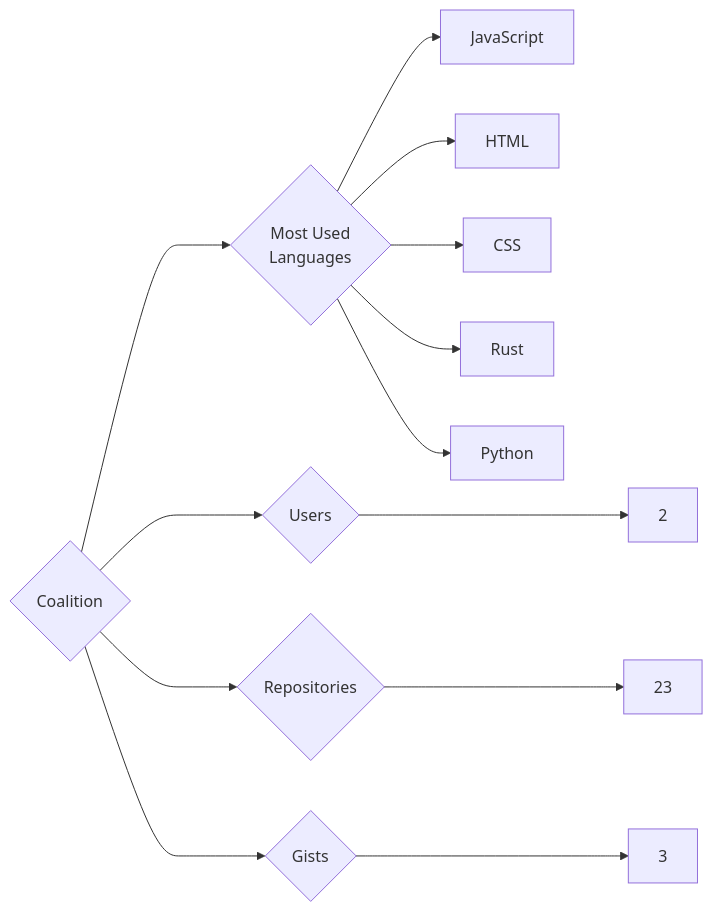
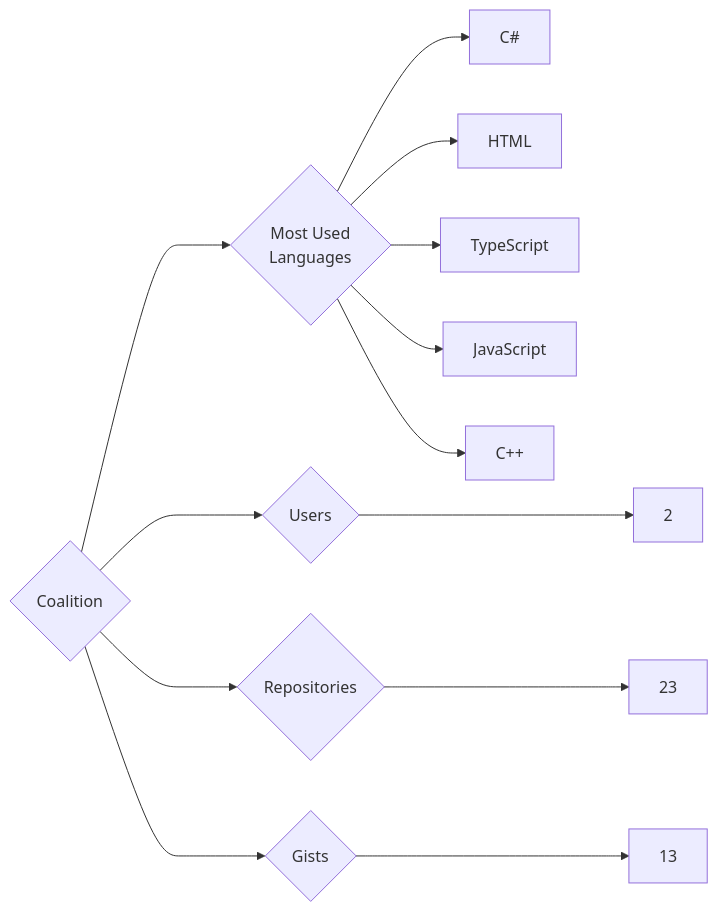
The diagram in targets/Coalition/README.md (trickest/insiders), drawn with Mermaid before and after one commit. The commit also changed 1314 other files, not shown here.

````diff
--- a/targets/Coalition/README.md
+++ b/targets/Coalition/README.md
@@ -3,13 +3,13 @@
 ```mermaid
 graph LR
 COMPANY_NAME{Coalition}
 COMPANY_NAME ---> U{Users} ---> UN[2]
 COMPANY_NAME ---> R{Repositories} ---> RN[23]
-COMPANY_NAME ---> G{Gists} ---> GN[3]
+COMPANY_NAME ---> G{Gists} ---> GN[13]
 COMPANY_NAME ---> ML{Most Used<br>Languages}
+ML --> C#[C#]
+ML --> HTML[HTML]
+ML --> TypeScript[TypeScript]
 ML --> JavaScript[JavaScript]
-ML --> HTML[HTML]
-ML --> CSS[CSS]
-ML --> Rust[Rust]
-ML --> Python[Python]
+ML --> C++[C++]
 ```
````
